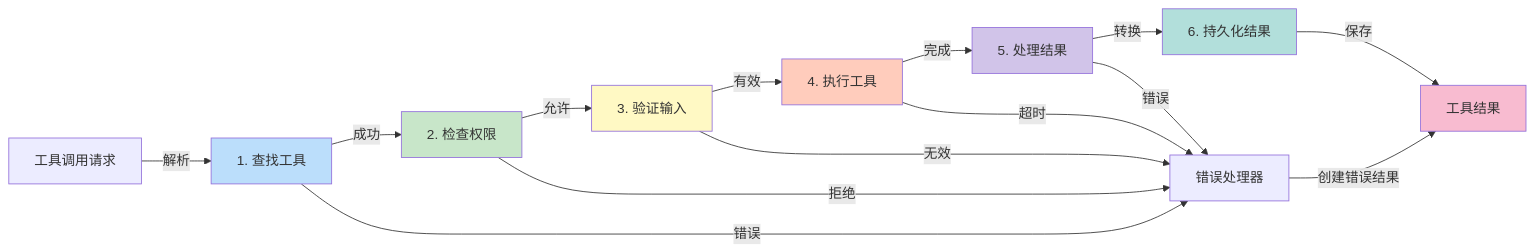
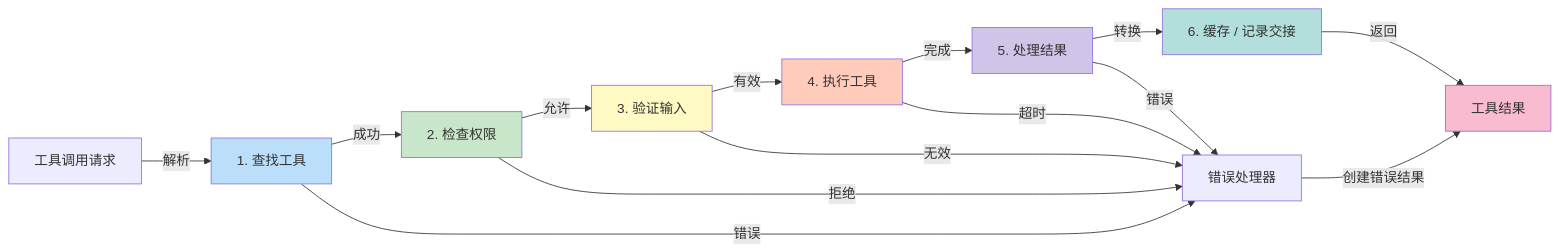
The diagram in 05_tool_layer/5.2_execution_pipeline.md (yeasy/harness_engineering_guide), drawn with Mermaid before and after one commit. The commit also changed other lines of this file and 57 other files, not shown here.

````diff
--- a/05_tool_layer/5.2_execution_pipeline.md
+++ b/05_tool_layer/5.2_execution_pipeline.md
@@ -9,25 +9,25 @@
 ```mermaid
 graph LR
     A["工具调用请求"] -->|解析| B["1. 查找工具"]
     B -->|成功| C["2. 检查权限"]
     C -->|允许| D["3. 验证输入"]
     D -->|有效| E["4. 执行工具"]
     E -->|完成| F["5. 处理结果"]
-    F -->|转换| G["6. 持久化结果"]
-    G -->|保存| H["工具结果"]
+    F -->|转换| G["6. 缓存 / 记录交接"]
+    G -->|返回| H["工具结果"]
 
     B -->|错误| I["错误处理器"]
     C -->|拒绝| I
     D -->|无效| I
     E -->|超时| I
     F -->|错误| I
     I -->|创建错误结果| H
 
     style B fill:#bbdefb
     style C fill:#c8e6c9
     style D fill:#fff9c4
     style E fill:#ffccbc
     style F fill:#d1c4e9
     style G fill:#b2dfdb
     style H fill:#f8bbd0
 ```
````
